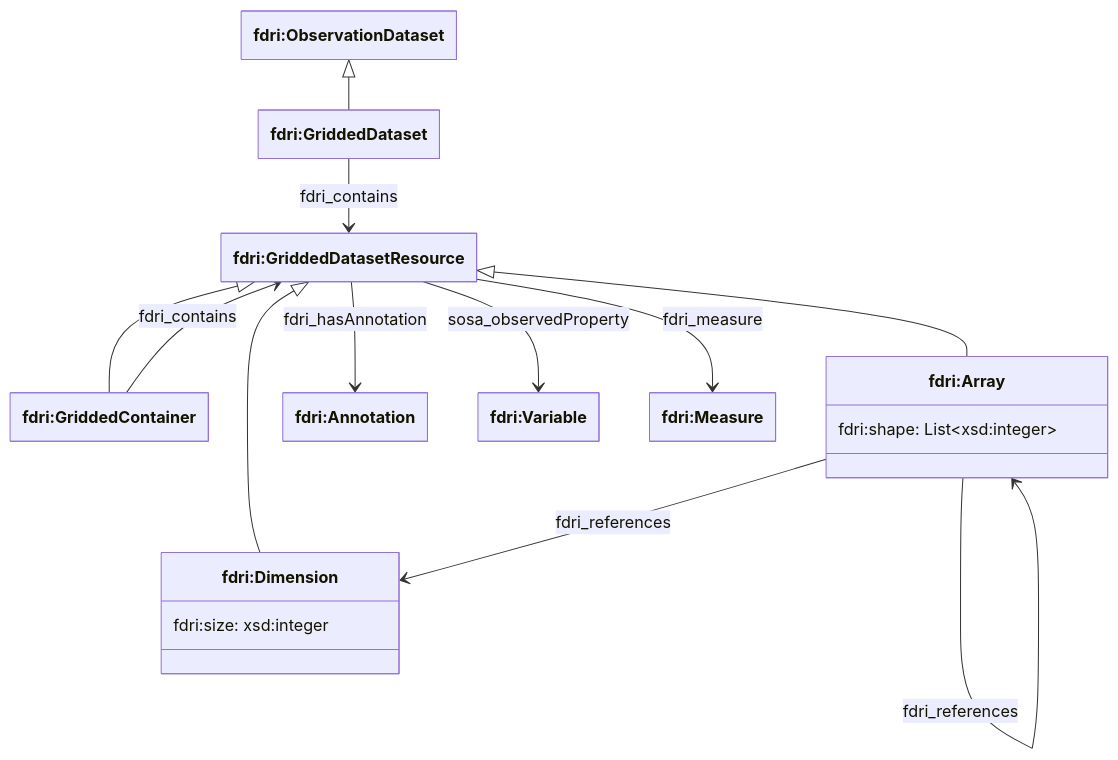
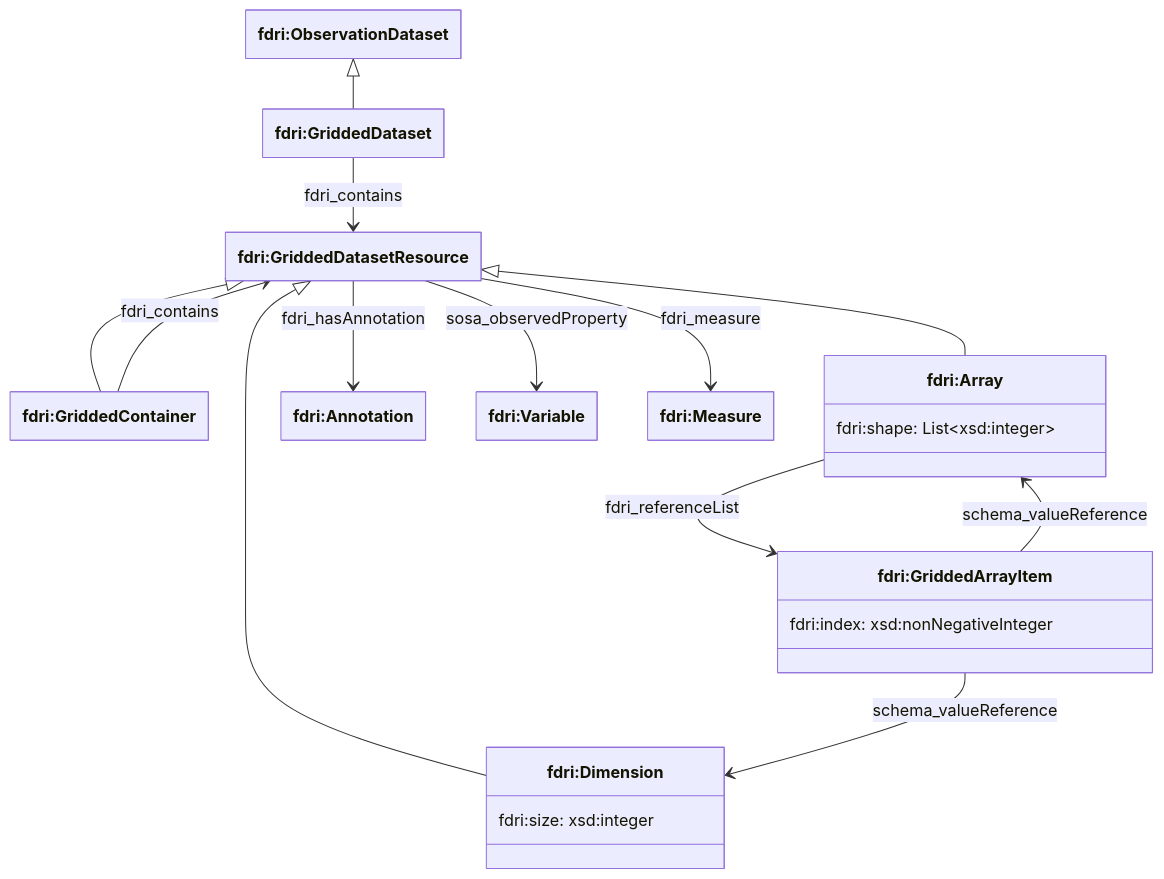
Before and after one commit to NERC-CEH/fdri-ontology: the diagram in doc/gridded-data.md, drawn with Mermaid. The commit also changed other lines of this file and 2 other files, not shown here.

Commit message:
Support indexed ordering of gridded array references

````diff
--- a/doc/gridded-data.md
+++ b/doc/gridded-data.md
@@ -23,34 +28,38 @@
 ```mermaid
 ---
 config:
     class:
         hideEmptyMembersBox: true
 ---
 classDiagram
 class ObservationDataset["fdri:ObservationDataset"]
 class GriddedDataset["fdri:GriddedDataset"]
 class GriddedContainer["fdri:GriddedContainer"]
 class GriddedDatasetResource["fdri:GriddedDatasetResource"]
+class GriddedArrayItem["fdri:GriddedArrayItem"] {
+  fdri:index: xsd:nonNegativeInteger
+}
 class Dimension["fdri:Dimension"] {
   fdri:size: xsd:integer
 }
 class Array["fdri:Array"] {
   fdri:shape: List&lt;xsd:integer&gt;
 }
 class Annotation["fdri:Annotation"]
 class Variable["fdri:Variable"]
 class Measure["fdri:Measure"]
 
 ObservationDataset <|-- GriddedDataset
 GriddedDatasetResource <|-- GriddedContainer
 GriddedDatasetResource <|-- Dimension
 GriddedDatasetResource <|-- Array
 
-Array --> Dimension: fdri_references
-Array --> Array: fdri_references
+Array --> GriddedArrayItem: fdri_referenceList
+GriddedArrayItem --> Dimension: schema_valueReference
+GriddedArrayItem --> Array: schema_valueReference
 GriddedDataset --> GriddedDatasetResource: fdri_contains
 GriddedContainer --> GriddedDatasetResource: fdri_contains
 GriddedDatasetResource --> Annotation: fdri_hasAnnotation
 GriddedDatasetResource --> Variable: sosa_observedProperty
 GriddedDatasetResource --> Measure: fdri_measure
 ```
````
